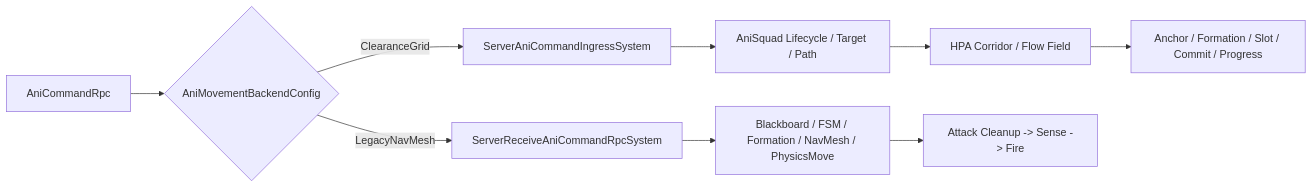
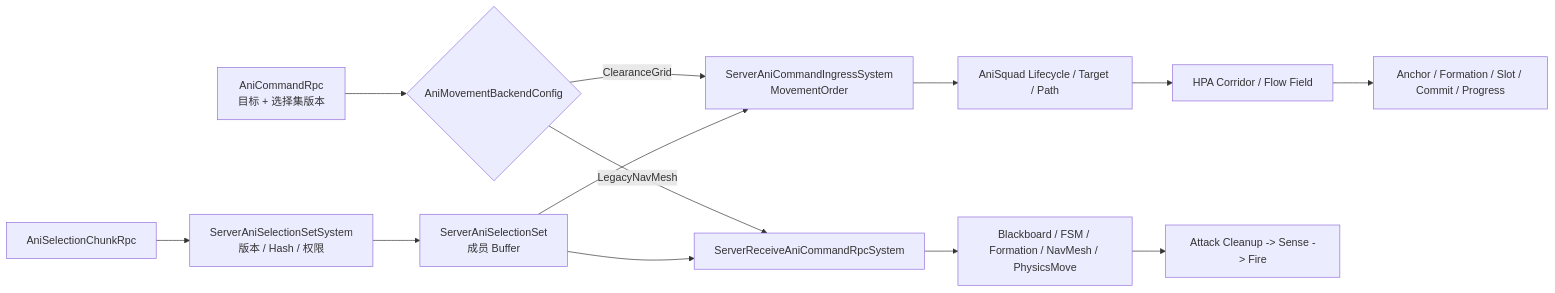
The third of 3 diagrams in docs/Architecture/02_ECSDataModel.md (mcaswen/AnimarsCatcher), drawn with Mermaid before and after one commit. The commit also changed other lines of this file and 34 other files, not shown here.

````diff
--- a/docs/Architecture/02_ECSDataModel.md
+++ b/docs/Architecture/02_ECSDataModel.md
@@ -185,17 +187,23 @@
 ```mermaid
 flowchart LR
-    Rpc[AniCommandRpc]
+    SelectRpc[AniSelectionChunkRpc]
+    Selection[ServerAniSelectionSetSystem<br/>版本 / Hash / 权限]
+    Set[ServerAniSelectionSet<br/>成员 Buffer]
+    Rpc[AniCommandRpc<br/>目标 + 选择集版本]
     Backend{AniMovementBackendConfig}
-    GridIngress[ServerAniCommandIngressSystem]
+    GridIngress[ServerAniCommandIngressSystem<br/>MovementOrder]
     Squad[AniSquad Lifecycle / Target / Path]
     Field[HPA Corridor / Flow Field]
     GridMove[Anchor / Formation / Slot / Commit / Progress]
     LegacyIngress[ServerReceiveAniCommandRpcSystem]
     Legacy[Blackboard / FSM / Formation / NavMesh / PhysicsMove]
     Combat[Attack Cleanup -> Sense -> Fire]
 
+    SelectRpc --> Selection --> Set
     Rpc --> Backend
     Backend -->|ClearanceGrid| GridIngress --> Squad --> Field --> GridMove
     Backend -->|LegacyNavMesh| LegacyIngress --> Legacy
+    Set --> GridIngress
+    Set --> LegacyIngress
     Legacy --> Combat
 ```
````
